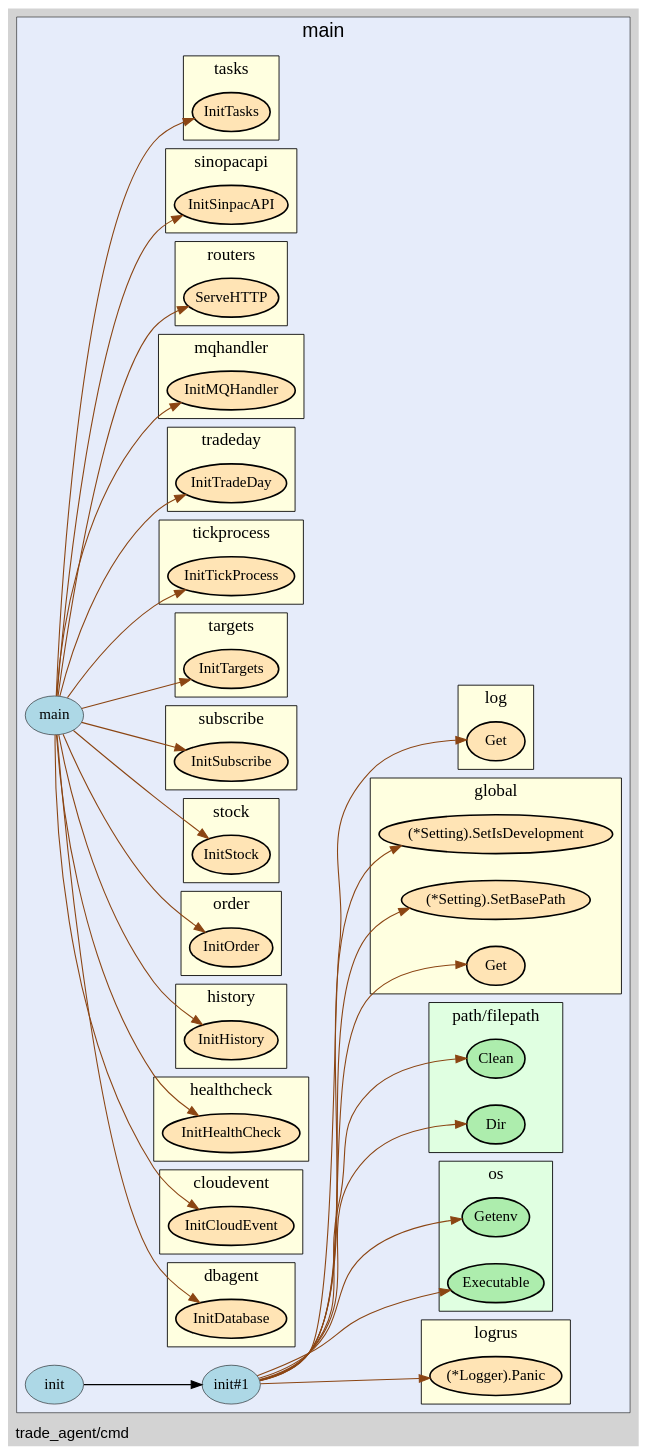
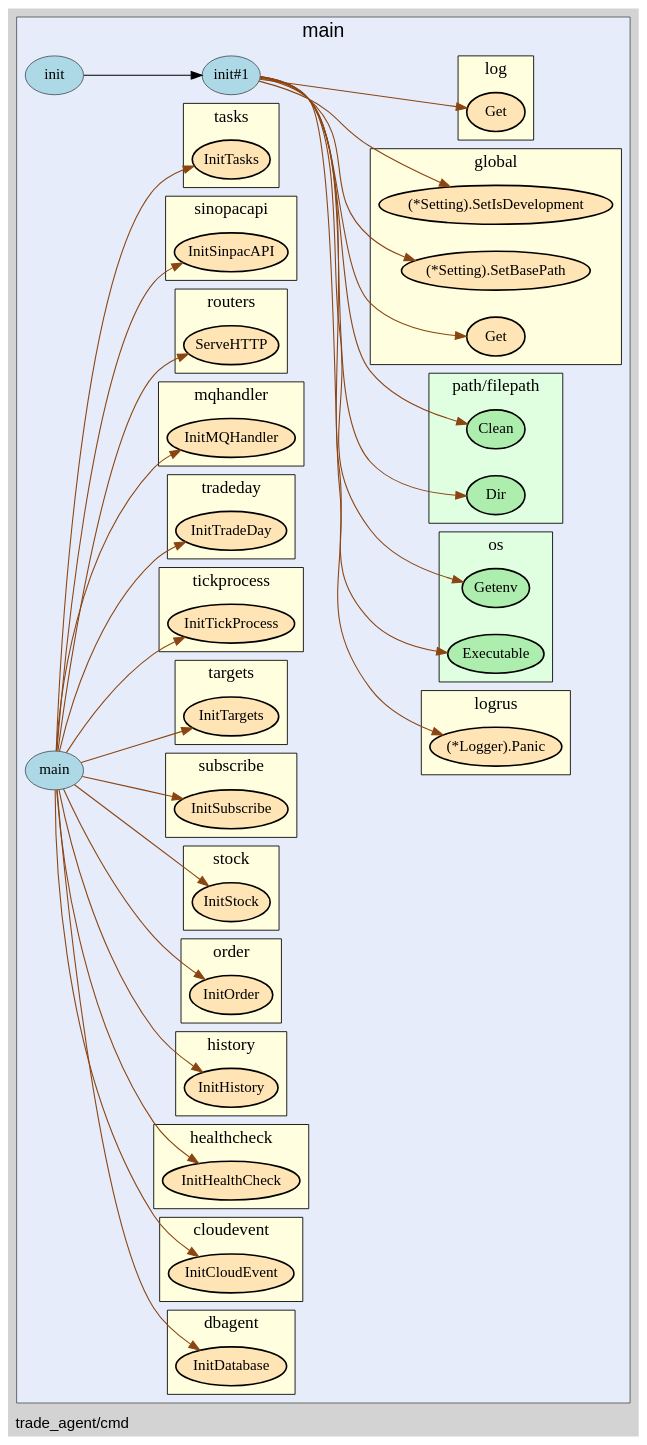
The diagram in assets/callvis.gv (Chindada/trade_agent), drawn with Graphviz before and after one commit. The commit also changed 6 other files, not shown here.

Commit message:
feat(config): add check config file value, modify db agent dsn string

```diff
--- a/assets/callvis.gv
+++ b/assets/callvis.gv
@@ -20,35 +20,35 @@
 labeljust="c";
 fontsize="18";
         
-        "trade_agent/cmd.main" [ fillcolor="lightblue" label="main" penwidth="0.5" ]
         "trade_agent/cmd.init#1" [ fillcolor="lightblue" label="init#1" penwidth="0.5" ]
         "trade_agent/cmd.init" [ fillcolor="lightblue" label="init" penwidth="0.5" ]
+        "trade_agent/cmd.main" [ penwidth="0.5" fillcolor="lightblue" label="main" ]
         
         subgraph "cluster_github.com/sirupsen/logrus" {
         fontsize="16";
-label="logrus";
-penwidth="0.8";
-style="filled";
-fillcolor="lightyellow";
 fontname="Tahoma bold";
 rank="sink";
 URL="/?f=github.com/sirupsen/logrus";
 tooltip="package: github.com/sirupsen/logrus";
+penwidth="0.8";
+style="filled";
+fillcolor="lightyellow";
+label="logrus";
         
-        "(*github.com/sirupsen/logrus.Logger).Panic" [ fillcolor="moccasin" label="(*Logger).Panic" penwidth="1.5" ]
+        "(*github.com/sirupsen/logrus.Logger).Panic" [ penwidth="1.5" fillcolor="moccasin" label="(*Logger).Panic" ]
         
     }
 
         subgraph "cluster_os" {
         penwidth="0.8";
-fillcolor="#E0FFE1";
+fontsize="16";
+fontname="Tahoma bold";
 rank="sink";
-URL="/?f=os";
-fontsize="16";
-style="filled";
-fontname="Tahoma bold";
 label="os";
 tooltip="package: os";
+style="filled";
+fillcolor="#E0FFE1";
+URL="/?f=os";
         
         "os.Executable" [ fillcolor="#adedad" label="Executable" penwidth="1.5" ]
         "os.Getenv" [ fillcolor="#adedad" label="Getenv" penwidth="1.5" ]
@@ -56,15 +56,15 @@
     }
 
         subgraph "cluster_path/filepath" {
-        style="filled";
+        penwidth="0.8";
+fontsize="16";
 fillcolor="#E0FFE1";
 fontname="Tahoma bold";
+style="filled";
 rank="sink";
-tooltip="package: path/filepath";
-penwidth="0.8";
-fontsize="16";
 label="path/filepath";
 URL="/?f=path/filepath";
+tooltip="package: path/filepath";
         
         "path/filepath.Dir" [ fillcolor="#adedad" label="Dir" penwidth="1.5" ]
         "path/filepath.Clean" [ fillcolor="#adedad" label="Clean" penwidth="1.5" ]
@@ -72,43 +72,43 @@
     }
 
         subgraph "cluster_trade_agent/global" {
-        URL="/?f=trade_agent/global";
+        fontsize="16";
+fontname="Tahoma bold";
+URL="/?f=trade_agent/global";
+label="global";
+tooltip="package: trade_agent/global";
 penwidth="0.8";
-fontsize="16";
 style="filled";
 fillcolor="lightyellow";
-fontname="Tahoma bold";
-label="global";
 rank="sink";
-tooltip="package: trade_agent/global";
         
         "trade_agent/global.Get" [ fillcolor="moccasin" label="Get" penwidth="1.5" ]
-        "(*trade_agent/global.Setting).SetBasePath" [ fillcolor="moccasin" label="(*Setting).SetBasePath" penwidth="1.5" ]
+        "(*trade_agent/global.Setting).SetBasePath" [ penwidth="1.5" fillcolor="moccasin" label="(*Setting).SetBasePath" ]
         "(*trade_agent/global.Setting).SetIsDevelopment" [ fillcolor="moccasin" label="(*Setting).SetIsDevelopment" penwidth="1.5" ]
         
     }
 
         subgraph "cluster_trade_agent/pkg/dbagent" {
-        fillcolor="lightyellow";
+        fontname="Tahoma bold";
+penwidth="0.8";
+fontsize="16";
 rank="sink";
 label="dbagent";
 URL="/?f=trade_agent/pkg/dbagent";
 tooltip="package: trade_agent/pkg/dbagent";
-fontsize="16";
 style="filled";
-fontname="Tahoma bold";
-penwidth="0.8";
+fillcolor="lightyellow";
         
         "trade_agent/pkg/dbagent.InitDatabase" [ fillcolor="moccasin" label="InitDatabase" penwidth="1.5" ]
         
     }
 
         subgraph "cluster_trade_agent/pkg/log" {
-        style="filled";
+        URL="/?f=trade_agent/pkg/log";
+penwidth="0.8";
+style="filled";
 rank="sink";
 label="log";
-URL="/?f=trade_agent/pkg/log";
-penwidth="0.8";
 fontsize="16";
 fillcolor="lightyellow";
 fontname="Tahoma bold";
@@ -119,13 +119,13 @@
     }
 
         subgraph "cluster_trade_agent/pkg/modules/cloudevent" {
-        style="filled";
-fillcolor="lightyellow";
+        fontsize="16";
+style="filled";
 rank="sink";
 label="cloudevent";
 tooltip="package: trade_agent/pkg/modules/cloudevent";
 penwidth="0.8";
-fontsize="16";
+fillcolor="lightyellow";
 fontname="Tahoma bold";
 URL="/?f=trade_agent/pkg/modules/cloudevent";
         
@@ -134,90 +134,90 @@
     }
 
         subgraph "cluster_trade_agent/pkg/modules/healthcheck" {
-        penwidth="0.8";
-fillcolor="lightyellow";
+        style="filled";
+fontname="Tahoma bold";
 rank="sink";
 label="healthcheck";
 URL="/?f=trade_agent/pkg/modules/healthcheck";
+tooltip="package: trade_agent/pkg/modules/healthcheck";
 fontsize="16";
-style="filled";
-fontname="Tahoma bold";
-tooltip="package: trade_agent/pkg/modules/healthcheck";
+fillcolor="lightyellow";
+penwidth="0.8";
         
-        "trade_agent/pkg/modules/healthcheck.InitHealthCheck" [ fillcolor="moccasin" label="InitHealthCheck" penwidth="1.5" ]
+        "trade_agent/pkg/modules/healthcheck.InitHealthCheck" [ penwidth="1.5" fillcolor="moccasin" label="InitHealthCheck" ]
         
     }
 
         subgraph "cluster_trade_agent/pkg/modules/history" {
         rank="sink";
-label="history";
+tooltip="package: trade_agent/pkg/modules/history";
 penwidth="0.8";
 fontsize="16";
 style="filled";
 fillcolor="lightyellow";
 fontname="Tahoma bold";
+label="history";
 URL="/?f=trade_agent/pkg/modules/history";
-tooltip="package: trade_agent/pkg/modules/history";
         
         "trade_agent/pkg/modules/history.InitHistory" [ fillcolor="moccasin" label="InitHistory" penwidth="1.5" ]
         
     }
 
         subgraph "cluster_trade_agent/pkg/modules/order" {
-        rank="sink";
+        penwidth="0.8";
+style="filled";
+fillcolor="lightyellow";
+tooltip="package: trade_agent/pkg/modules/order";
 fontsize="16";
-fillcolor="lightyellow";
 fontname="Tahoma bold";
+rank="sink";
 label="order";
 URL="/?f=trade_agent/pkg/modules/order";
-tooltip="package: trade_agent/pkg/modules/order";
-penwidth="0.8";
-style="filled";
         
-        "trade_agent/pkg/modules/order.InitOrder" [ penwidth="1.5" fillcolor="moccasin" label="InitOrder" ]
+        "trade_agent/pkg/modules/order.InitOrder" [ fillcolor="moccasin" label="InitOrder" penwidth="1.5" ]
         
     }
 
         subgraph "cluster_trade_agent/pkg/modules/stock" {
         fontsize="16";
 style="filled";
+fillcolor="lightyellow";
+label="stock";
+tooltip="package: trade_agent/pkg/modules/stock";
+penwidth="0.8";
+fontname="Tahoma bold";
 rank="sink";
 URL="/?f=trade_agent/pkg/modules/stock";
-tooltip="package: trade_agent/pkg/modules/stock";
-penwidth="0.8";
-fillcolor="lightyellow";
-fontname="Tahoma bold";
-label="stock";
         
-        "trade_agent/pkg/modules/stock.InitStock" [ label="InitStock" penwidth="1.5" fillcolor="moccasin" ]
+        "trade_agent/pkg/modules/stock.InitStock" [ fillcolor="moccasin" label="InitStock" penwidth="1.5" ]
         
     }
 
         subgraph "cluster_trade_agent/pkg/modules/subscribe" {
-        URL="/?f=trade_agent/pkg/modules/subscribe";
+        fontsize="16";
+rank="sink";
+tooltip="package: trade_agent/pkg/modules/subscribe";
+fontname="Tahoma bold";
+label="subscribe";
+URL="/?f=trade_agent/pkg/modules/subscribe";
+penwidth="0.8";
+style="filled";
 fillcolor="lightyellow";
-fontname="Tahoma bold";
-rank="sink";
-label="subscribe";
-penwidth="0.8";
-fontsize="16";
-style="filled";
-tooltip="package: trade_agent/pkg/modules/subscribe";
         
         "trade_agent/pkg/modules/subscribe.InitSubscribe" [ fillcolor="moccasin" label="InitSubscribe" penwidth="1.5" ]
         
     }
 
         subgraph "cluster_trade_agent/pkg/modules/targets" {
-        penwidth="0.8";
-style="filled";
+        label="targets";
+penwidth="0.8";
+fillcolor="lightyellow";
+rank="sink";
 URL="/?f=trade_agent/pkg/modules/targets";
 tooltip="package: trade_agent/pkg/modules/targets";
 fontsize="16";
-fillcolor="lightyellow";
+style="filled";
 fontname="Tahoma bold";
-rank="sink";
-label="targets";
         
         "trade_agent/pkg/modules/targets.InitTargets" [ fillcolor="moccasin" label="InitTargets" penwidth="1.5" ]
         
@@ -225,14 +225,14 @@
 
         subgraph "cluster_trade_agent/pkg/modules/tickprocess" {
         penwidth="0.8";
+style="filled";
+fillcolor="lightyellow";
+rank="sink";
+URL="/?f=trade_agent/pkg/modules/tickprocess";
+fontsize="16";
+fontname="Tahoma bold";
 label="tickprocess";
 tooltip="package: trade_agent/pkg/modules/tickprocess";
-fontsize="16";
-style="filled";
-fillcolor="lightyellow";
-fontname="Tahoma bold";
-rank="sink";
-URL="/?f=trade_agent/pkg/modules/tickprocess";
         
         "trade_agent/pkg/modules/tickprocess.InitTickProcess" [ fillcolor="moccasin" label="InitTickProcess" penwidth="1.5" ]
         
@@ -240,73 +240,73 @@
 
         subgraph "cluster_trade_agent/pkg/modules/tradeday" {
         fontsize="16";
-style="filled";
 fillcolor="lightyellow";
-label="tradeday";
+rank="sink";
+tooltip="package: trade_agent/pkg/modules/tradeday";
 penwidth="0.8";
 fontname="Tahoma bold";
-rank="sink";
+label="tradeday";
 URL="/?f=trade_agent/pkg/modules/tradeday";
-tooltip="package: trade_agent/pkg/modules/tradeday";
+style="filled";
         
-        "trade_agent/pkg/modules/tradeday.InitTradeDay" [ fillcolor="moccasin" label="InitTradeDay" penwidth="1.5" ]
+        "trade_agent/pkg/modules/tradeday.InitTradeDay" [ label="InitTradeDay" penwidth="1.5" fillcolor="moccasin" ]
         
     }
 
         subgraph "cluster_trade_agent/pkg/mqhandler" {
         style="filled";
-fillcolor="lightyellow";
-fontname="Tahoma bold";
-URL="/?f=trade_agent/pkg/mqhandler";
 tooltip="package: trade_agent/pkg/mqhandler";
 penwidth="0.8";
 fontsize="16";
+fillcolor="lightyellow";
+fontname="Tahoma bold";
 rank="sink";
 label="mqhandler";
+URL="/?f=trade_agent/pkg/mqhandler";
         
-        "trade_agent/pkg/mqhandler.InitMQHandler" [ label="InitMQHandler" penwidth="1.5" fillcolor="moccasin" ]
+        "trade_agent/pkg/mqhandler.InitMQHandler" [ fillcolor="moccasin" label="InitMQHandler" penwidth="1.5" ]
         
     }
 
         subgraph "cluster_trade_agent/pkg/routers" {
-        URL="/?f=trade_agent/pkg/routers";
-penwidth="0.8";
+        fontsize="16";
 style="filled";
-fontname="Tahoma bold";
-label="routers";
-tooltip="package: trade_agent/pkg/routers";
-fontsize="16";
 fillcolor="lightyellow";
 rank="sink";
+label="routers";
+penwidth="0.8";
+fontname="Tahoma bold";
+URL="/?f=trade_agent/pkg/routers";
+tooltip="package: trade_agent/pkg/routers";
         
         "trade_agent/pkg/routers.ServeHTTP" [ fillcolor="moccasin" label="ServeHTTP" penwidth="1.5" ]
         
     }
 
         subgraph "cluster_trade_agent/pkg/sinopacapi" {
-        style="filled";
-fontname="Tahoma bold";
-URL="/?f=trade_agent/pkg/sinopacapi";
-penwidth="0.8";
+        fontsize="16";
 fillcolor="lightyellow";
 rank="sink";
 label="sinopacapi";
 tooltip="package: trade_agent/pkg/sinopacapi";
-fontsize="16";
+penwidth="0.8";
+style="filled";
+fontname="Tahoma bold";
+URL="/?f=trade_agent/pkg/sinopacapi";
         
         "trade_agent/pkg/sinopacapi.InitSinpacAPI" [ fillcolor="moccasin" label="InitSinpacAPI" penwidth="1.5" ]
         
     }
 
         subgraph "cluster_trade_agent/pkg/tasks" {
-        penwidth="0.8";
-fontsize="16";
-fontname="Tahoma bold";
-label="tasks";
-URL="/?f=trade_agent/pkg/tasks";
+        fontsize="16";
 style="filled";
 fillcolor="lightyellow";
 rank="sink";
+URL="/?f=trade_agent/pkg/tasks";
+penwidth="0.8";
+fontname="Tahoma bold";
+label="tasks";
 tooltip="package: trade_agent/pkg/tasks";
         
         "trade_agent/pkg/tasks.InitTasks" [ fillcolor="moccasin" label="InitTasks" penwidth="1.5" ]
@@ -315,6 +315,16 @@
 
     }
 
+    "trade_agent/cmd.init#1" -> "os.Executable" [ color="saddlebrown" ]
+    "trade_agent/cmd.init#1" -> "trade_agent/pkg/log.Get" [ color="saddlebrown" ]
+    "trade_agent/cmd.init#1" -> "(*github.com/sirupsen/logrus.Logger).Panic" [ color="saddlebrown" ]
+    "trade_agent/cmd.init#1" -> "trade_agent/global.Get" [ color="saddlebrown" ]
+    "trade_agent/cmd.init#1" -> "path/filepath.Dir" [ color="saddlebrown" ]
+    "trade_agent/cmd.init#1" -> "path/filepath.Clean" [ color="saddlebrown" ]
+    "trade_agent/cmd.init#1" -> "(*trade_agent/global.Setting).SetBasePath" [ color="saddlebrown" ]
+    "trade_agent/cmd.init#1" -> "os.Getenv" [ color="saddlebrown" ]
+    "trade_agent/cmd.init#1" -> "(*trade_agent/global.Setting).SetIsDevelopment" [ color="saddlebrown" ]
+    "trade_agent/cmd.init" -> "trade_agent/cmd.init#1" [  ]
     "trade_agent/cmd.main" -> "trade_agent/pkg/dbagent.InitDatabase" [ color="saddlebrown" ]
     "trade_agent/cmd.main" -> "trade_agent/pkg/mqhandler.InitMQHandler" [ color="saddlebrown" ]
     "trade_agent/cmd.main" -> "trade_agent/pkg/sinopacapi.InitSinpacAPI" [ color="saddlebrown" ]
@@ -329,14 +339,4 @@
     "trade_agent/cmd.main" -> "trade_agent/pkg/modules/history.InitHistory" [ color="saddlebrown" ]
     "trade_agent/cmd.main" -> "trade_agent/pkg/modules/targets.InitTargets" [ color="saddlebrown" ]
     "trade_agent/cmd.main" -> "trade_agent/pkg/modules/healthcheck.InitHealthCheck" [ color="saddlebrown" ]
-    "trade_agent/cmd.init#1" -> "os.Executable" [ color="saddlebrown" ]
-    "trade_agent/cmd.init#1" -> "trade_agent/pkg/log.Get" [ color="saddlebrown" ]
-    "trade_agent/cmd.init#1" -> "(*github.com/sirupsen/logrus.Logger).Panic" [ color="saddlebrown" ]
-    "trade_agent/cmd.init#1" -> "trade_agent/global.Get" [ color="saddlebrown" ]
-    "trade_agent/cmd.init#1" -> "path/filepath.Dir" [ color="saddlebrown" ]
-    "trade_agent/cmd.init#1" -> "path/filepath.Clean" [ color="saddlebrown" ]
-    "trade_agent/cmd.init#1" -> "(*trade_agent/global.Setting).SetBasePath" [ color="saddlebrown" ]
-    "trade_agent/cmd.init#1" -> "os.Getenv" [ color="saddlebrown" ]
-    "trade_agent/cmd.init#1" -> "(*trade_agent/global.Setting).SetIsDevelopment" [ color="saddlebrown" ]
-    "trade_agent/cmd.init" -> "trade_agent/cmd.init#1" [  ]
 }
```
